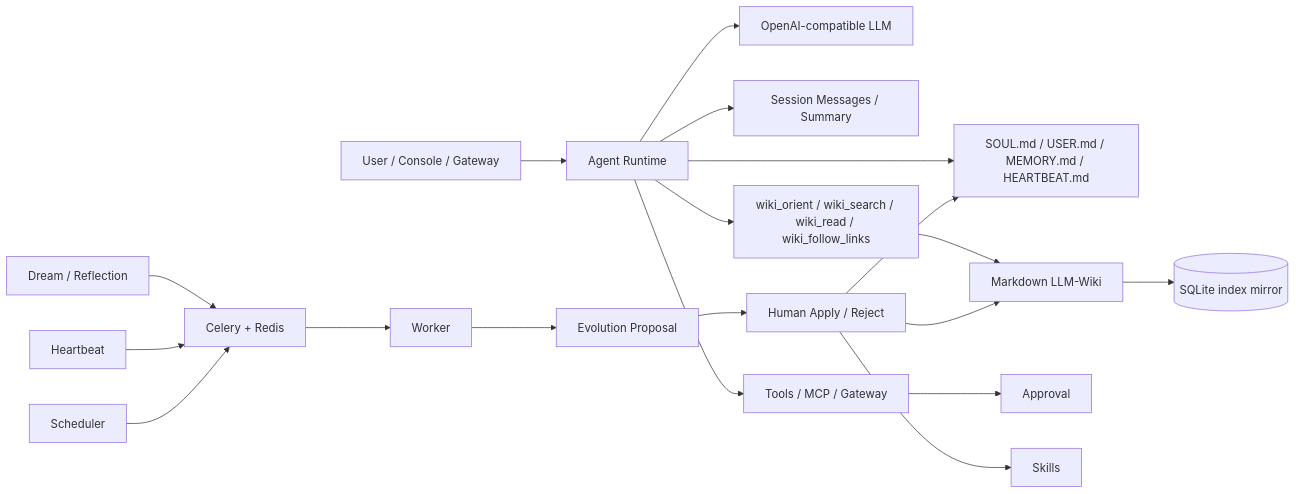
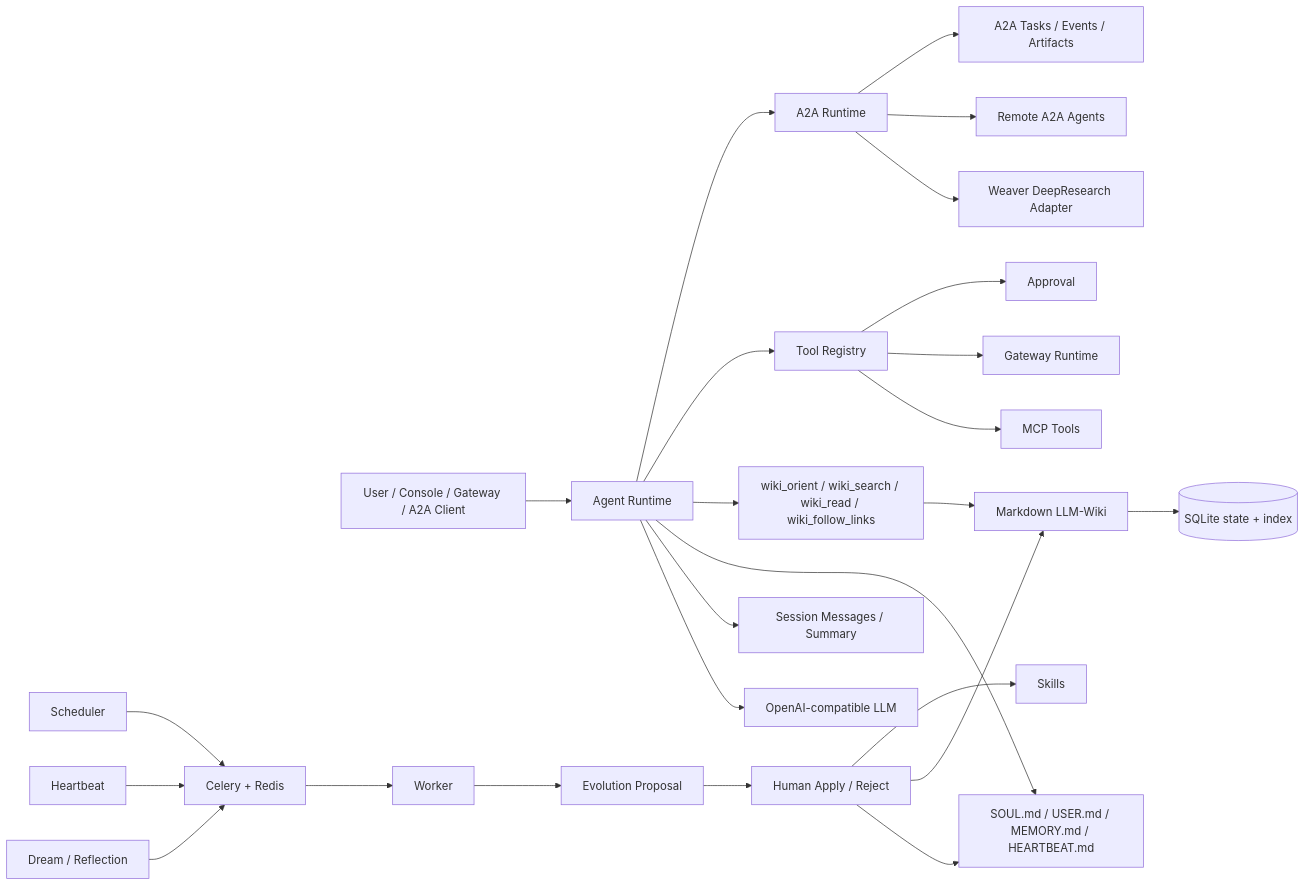
Before and after one commit to LittleSongxx/SoulClaw: the diagram in README.en.md, drawn with Mermaid. The commit also changed other lines of this file and 70 other files, not shown here.

````diff
--- a/README.en.md
+++ b/README.en.md
@@ -15,21 +18,27 @@
 ```mermaid
 flowchart LR
-    User[User / Console / Gateway] --> Agent[Agent Runtime]
+    User[User / Console / Gateway / A2A Client] --> Agent[Agent Runtime]
     Agent --> LLM[OpenAI-compatible LLM]
     Agent --> Conv[Session Messages / Summary]
     Agent --> Files[SOUL.md / USER.md / MEMORY.md / HEARTBEAT.md]
     Agent --> WikiTools[wiki_orient / wiki_search / wiki_read / wiki_follow_links]
     WikiTools --> Wiki[Markdown LLM-Wiki]
-    Wiki --> SQLite[(SQLite index mirror)]
-    Agent --> Tools[Tools / MCP / Gateway]
+    Wiki --> SQLite[(SQLite state + index)]
+    Agent --> Tools[Tool Registry]
+    Tools --> MCP[MCP Tools]
+    Tools --> Gateway[Gateway Runtime]
     Tools --> Approval[Approval]
+    Agent --> A2A[A2A Runtime]
+    A2A --> Weaver[Weaver DeepResearch Adapter]
+    A2A --> Remote[Remote A2A Agents]
+    A2A --> Artifacts[A2A Tasks / Events / Artifacts]
     Dream[Dream / Reflection] --> Queue[Celery + Redis]
     Heartbeat[Heartbeat] --> Queue
     Scheduler[Scheduler] --> Queue
     Queue --> Worker[Worker]
     Worker --> Proposal[Evolution Proposal]
     Proposal --> Human[Human Apply / Reject]
     Human --> Files
     Human --> Wiki
     Human --> Skills
 ```
````
